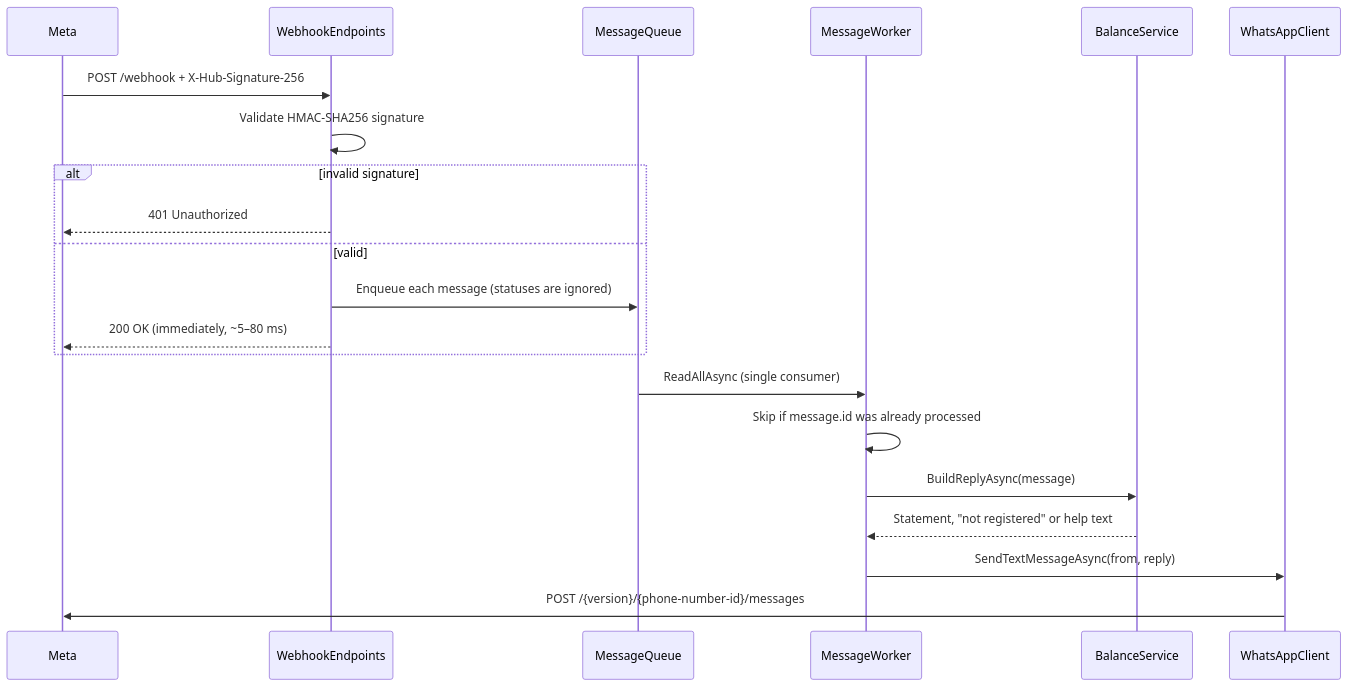
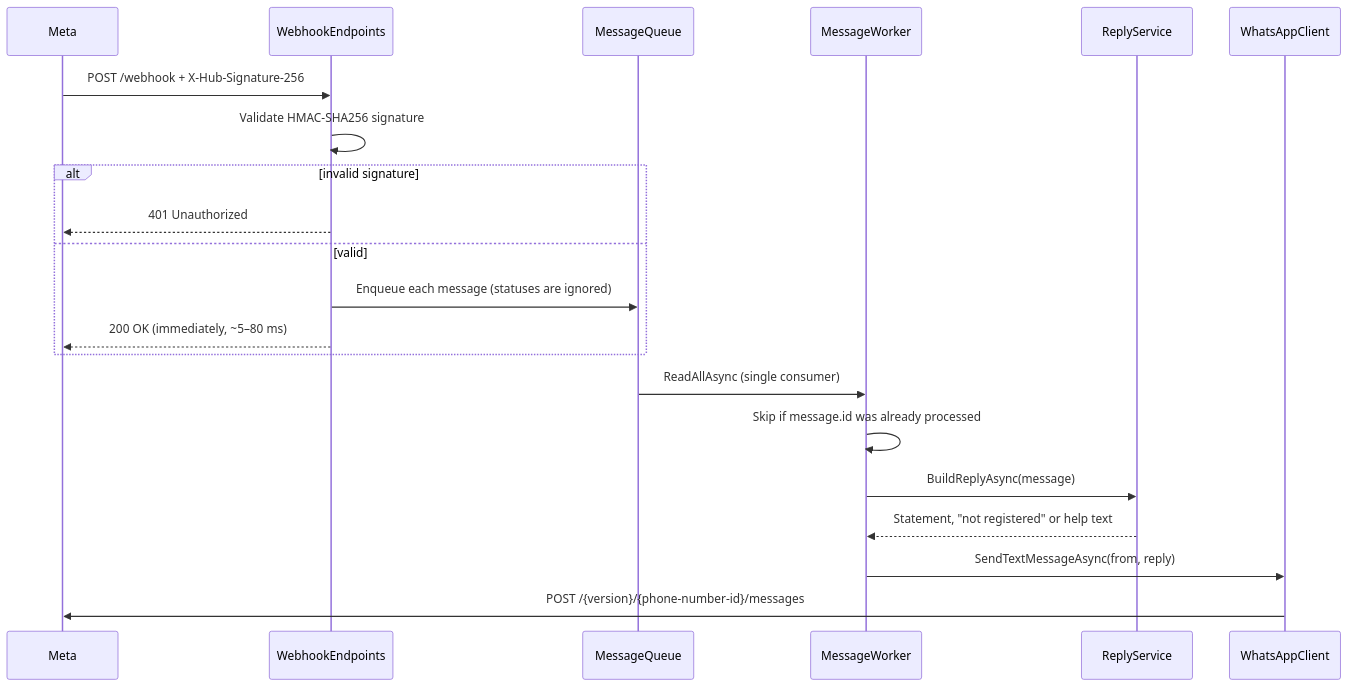
Before and after one commit to juancitowillyr46/academy-whatsapp-bot: the second of 4 diagrams in docs/architecture.md, drawn with Mermaid. The commit also changed other lines of this file and 11 other files, not shown here.

````diff
--- a/docs/architecture.md
+++ b/docs/architecture.md
@@ -29,24 +29,24 @@
 ```mermaid
 sequenceDiagram
     participant M as Meta
     participant W as WebhookEndpoints
     participant Q as MessageQueue
     participant B as MessageWorker
-    participant S as BalanceService
+    participant S as ReplyService
     participant C as WhatsAppClient
 
     M->>W: POST /webhook + X-Hub-Signature-256
     W->>W: Validate HMAC-SHA256 signature
     alt invalid signature
         W-->>M: 401 Unauthorized
     else valid
         W->>Q: Enqueue each message (statuses are ignored)
         W-->>M: 200 OK (immediately, ~5–80 ms)
     end
     Q->>B: ReadAllAsync (single consumer)
     B->>B: Skip if message.id was already processed
     B->>S: BuildReplyAsync(message)
     S-->>B: Statement, "not registered" or help text
     B->>C: SendTextMessageAsync(from, reply)
     C->>M: POST /{version}/{phone-number-id}/messages
 ```
````
